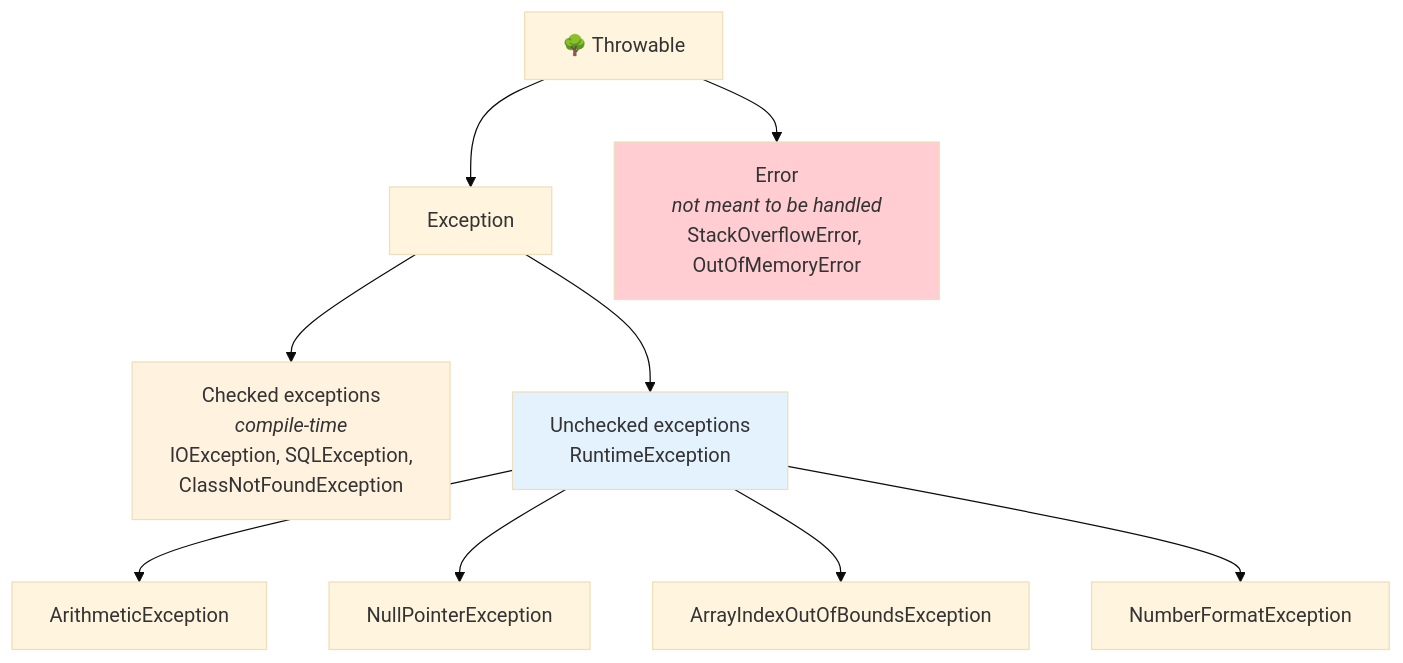
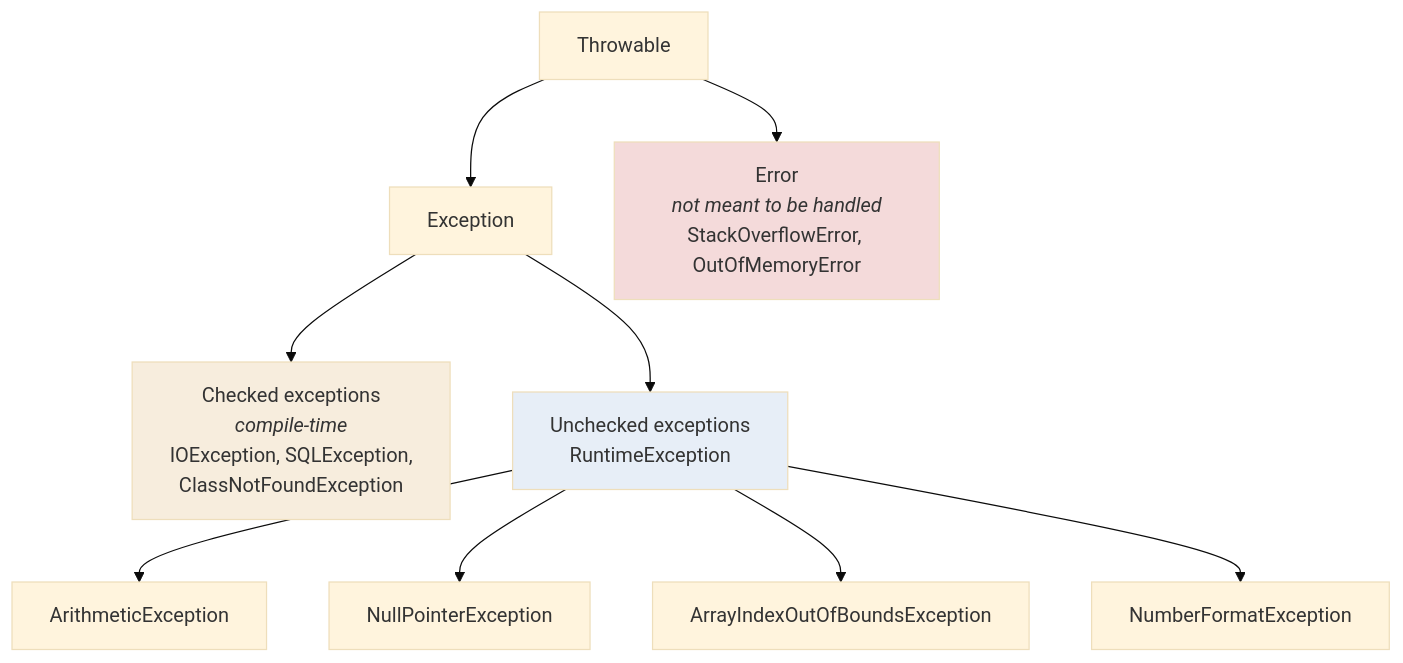
One commit to kundankumarsharma56/Leaning-Java changed the first of 2 diagrams in src/Theory/07-Packages-Wrapper-Exceptions/03-Exception-Handling.md. Above: the diagram before and after it, drawn with Mermaid (base theme). The commit also changed other lines of this file and 84 other files, not shown here.

````diff
--- a/src/Theory/07-Packages-Wrapper-Exceptions/03-Exception-Handling.md
+++ b/src/Theory/07-Packages-Wrapper-Exceptions/03-Exception-Handling.md
@@ -21,14 +21,14 @@
 ```mermaid
 flowchart TD
-    T["🌳 Throwable"] --> E["Exception"]
+    T["Throwable"] --> E["Exception"]
     T --> ER["Error<br/><i>not meant to be handled</i><br/>StackOverflowError, OutOfMemoryError"]
     E --> C["Checked exceptions<br/><i>compile-time</i><br/>IOException, SQLException,<br/>ClassNotFoundException"]
     E --> U["Unchecked exceptions<br/>RuntimeException"]
     U --> U1["ArithmeticException"]
     U --> U2["NullPointerException"]
     U --> U3["ArrayIndexOutOfBoundsException"]
     U --> U4["NumberFormatException"]
-    style ER fill:#ffcdd2
-    style C fill:#fff3e0
-    style U fill:#e3f2fd
+    style ER fill:#f4dada
+    style C fill:#f7eddd
+    style U fill:#e7eef7
 ```
````
